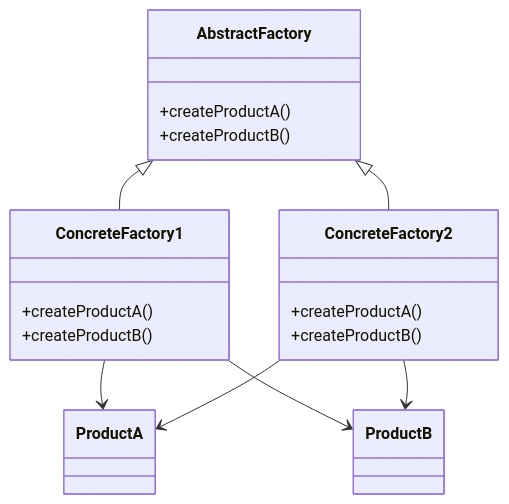
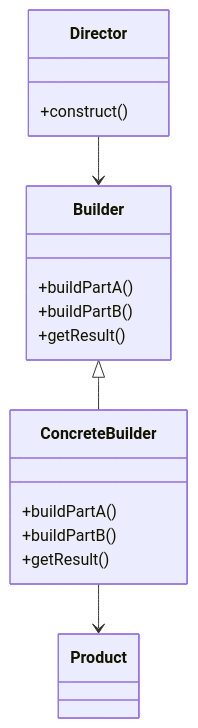
One commit to 42jerrykim/42jerrykim.github.io changed the sixth of 8 diagrams in articles/_posts/2024/2024-08-21-factory-method.md. Above: the diagram before and after it, drawn with Mermaid. The commit also changed other lines of this file, not shown here.

````diff
--- a/articles/_posts/2024/2024-08-21-factory-method.md
+++ b/articles/_posts/2024/2024-08-21-factory-method.md
@@ -861,23 +825,21 @@
 ```mermaid
 classDiagram
-    class AbstractFactory {
-        +createProductA()
-        +createProductB()
+    class Builder {
+        +buildPartA()
+        +buildPartB()
+        +getResult()
     }
-    class ConcreteFactory1 {
-        +createProductA()
-        +createProductB()
+    class ConcreteBuilder {
+        +buildPartA()
+        +buildPartB()
+        +getResult()
     }
-    class ConcreteFactory2 {
-        +createProductA()
-        +createProductB()
+    class Director {
+        +construct()
     }
-    class ProductA
-    class ProductB
-    AbstractFactory <|-- ConcreteFactory1
-    AbstractFactory <|-- ConcreteFactory2
-    ConcreteFactory1 --> ProductA
-    ConcreteFactory1 --> ProductB
-    ConcreteFactory2 --> ProductA
-    ConcreteFactory2 --> ProductB
+    class Product
+
+    Director --> Builder
+    Builder <|-- ConcreteBuilder
+    ConcreteBuilder --> Product
 ```
````
